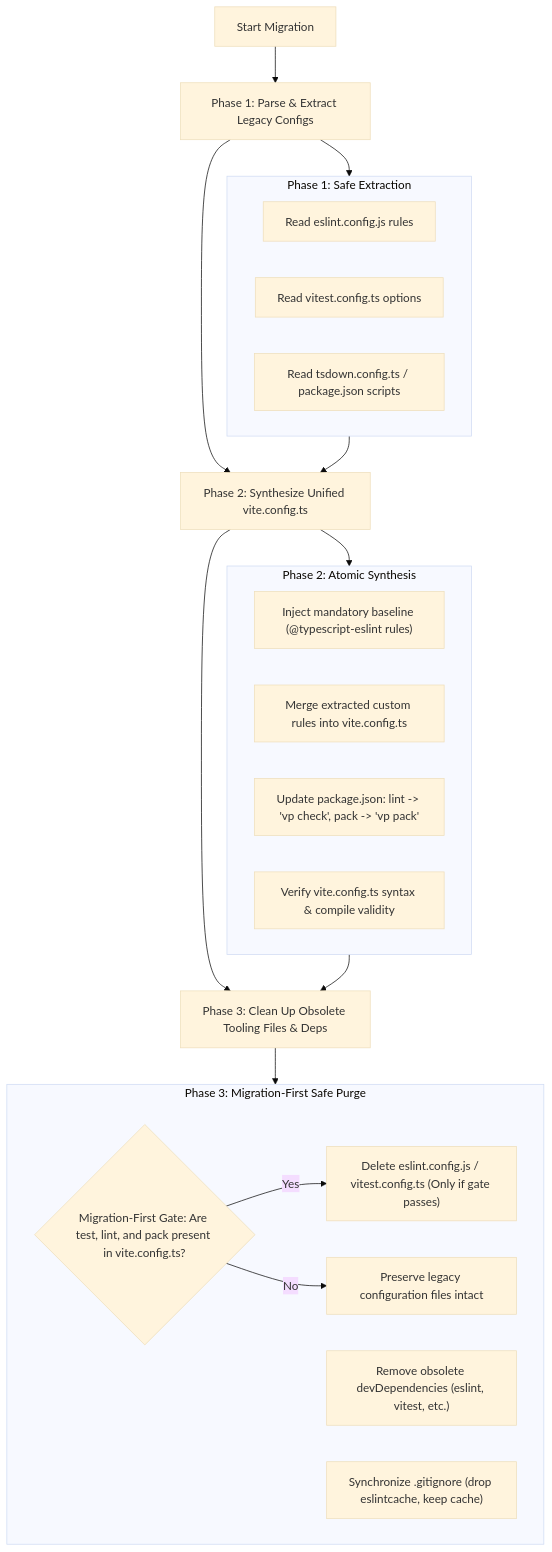
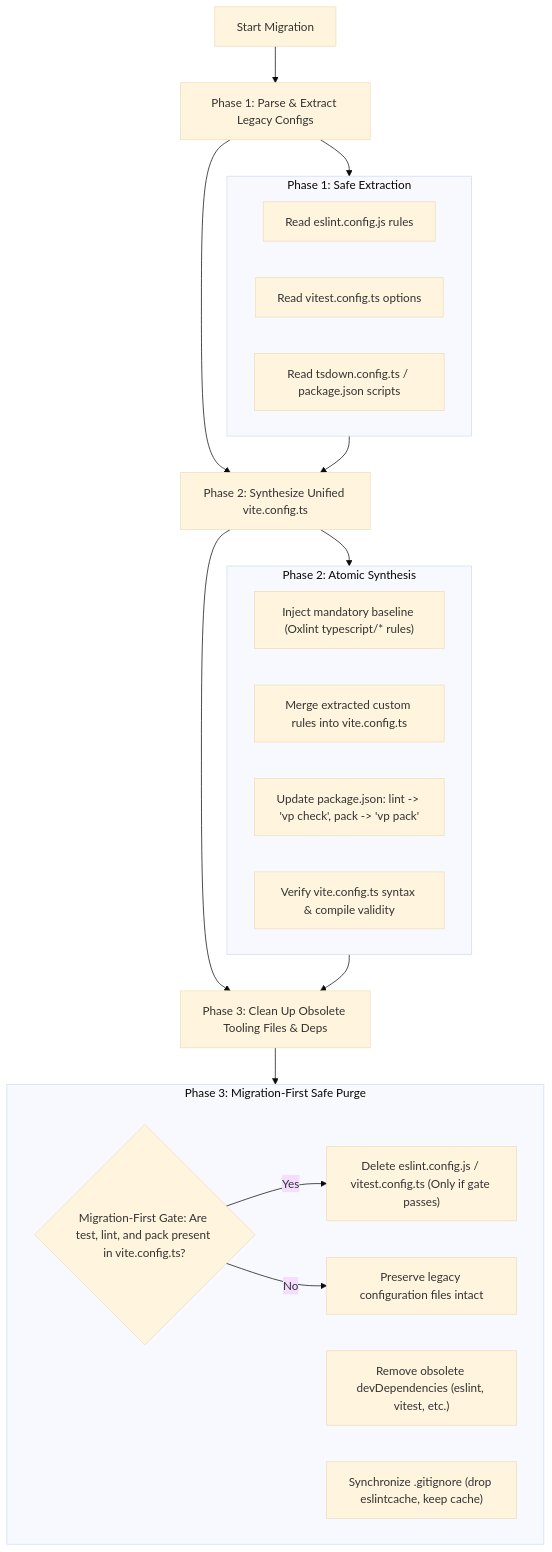
One commit to francogp/auditor changed the diagram in .agents/skills/auditor/references/vite-plus-guide.md. Above: the diagram before and after it, drawn with Mermaid (base theme). The commit also changed other lines of this file and 25 other files, not shown here.

````diff
--- a/.agents/skills/auditor/references/vite-plus-guide.md
+++ b/.agents/skills/auditor/references/vite-plus-guide.md
@@ -154,34 +154,34 @@
 ```mermaid
 flowchart TD
     A["Start Migration"] --> B["Phase 1: Parse & Extract Legacy Configs"]
     B --> C["Phase 2: Synthesize Unified vite.config.ts"]
     C --> D["Phase 3: Clean Up Obsolete Tooling Files & Deps"]
 
     subgraph S1 ["Phase 1: Safe Extraction"]
         B1["Read eslint.config.js rules"]
         B2["Read vitest.config.ts options"]
         B3["Read tsdown.config.ts / package.json scripts"]
     end
 
     subgraph S2 ["Phase 2: Atomic Synthesis"]
-        C1["Inject mandatory baseline (@typescript-eslint rules)"]
+        C1["Inject mandatory baseline (Oxlint typescript/* rules)"]
         C2["Merge extracted custom rules into vite.config.ts"]
         C3["Update package.json: lint -> 'vp check', pack -> 'vp pack'"]
         C4["Verify vite.config.ts syntax & compile validity"]
     end
 
     subgraph S3 ["Phase 3: Migration-First Safe Purge"]
         D0{"Migration-First Gate: Are test, lint, and pack present in vite.config.ts?"}
         D1["Delete eslint.config.js / vitest.config.ts (Only if gate passes)"]
         D2["Remove obsolete devDependencies (eslint, vitest, etc.)"]
         D3["Synchronize .gitignore (drop eslintcache, keep cache)"]
         D0 -->|Yes| D1
         D0 -->|No| D_HOLD["Preserve legacy configuration files intact"]
     end
 
     B --> S1
     S1 --> C
     C --> S2
     S2 --> D
     D --> S3
 ```
````
